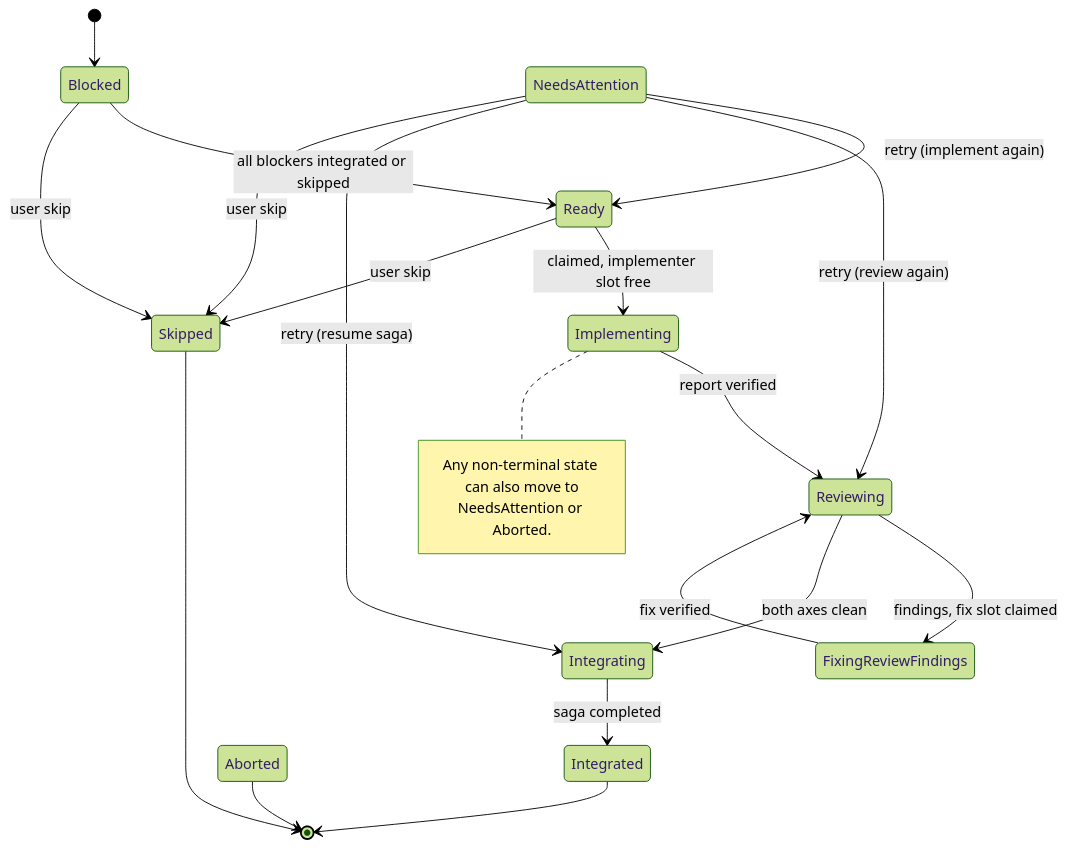
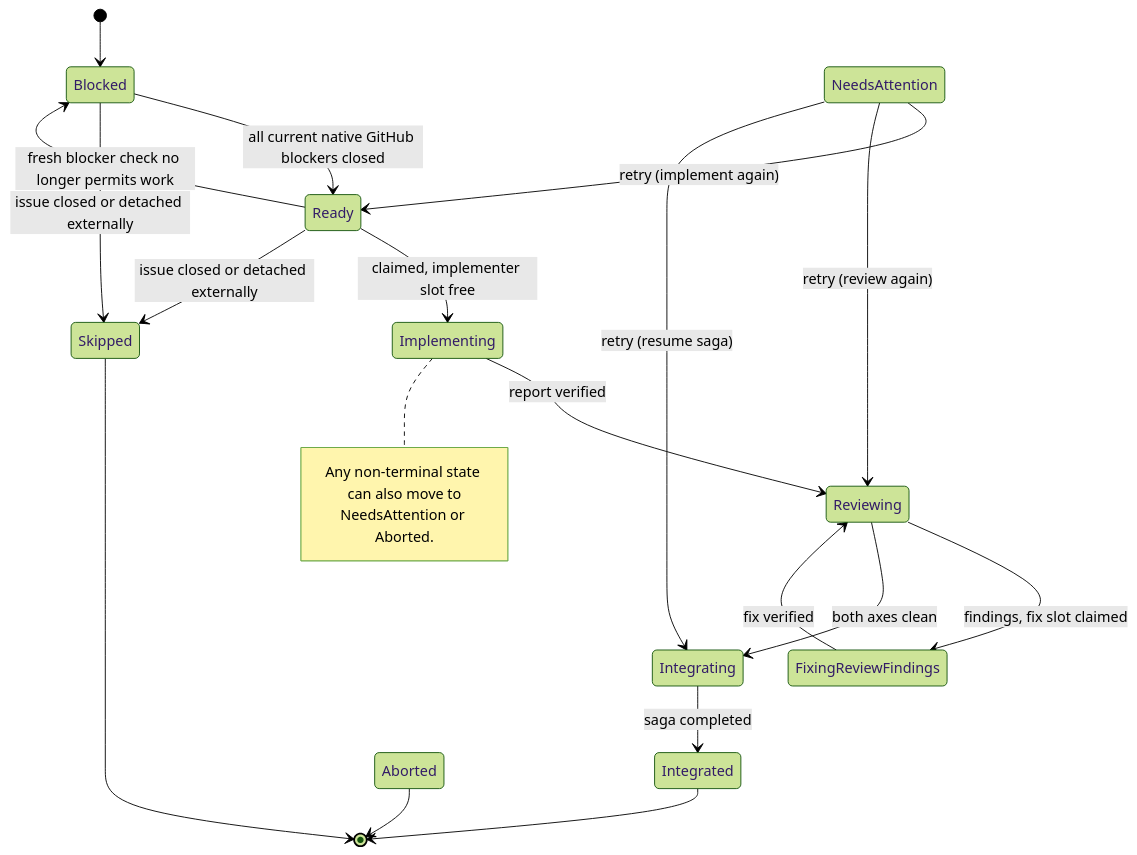
The third of 7 diagrams in docfx/developer-guide/run-lifecycle.md (FlorianAlbert/WebDevLoop), drawn with Mermaid (forest theme) before and after one commit. The commit also changed other lines of this file and 79 other files, not shown here.

````diff
--- a/docfx/developer-guide/run-lifecycle.md
+++ b/docfx/developer-guide/run-lifecycle.md
@@ -76,24 +76,24 @@
 ```mermaid
 stateDiagram-v2
     [*] --> Blocked
-    Blocked --> Ready: all blockers integrated or skipped
-    Blocked --> Skipped: user skip
+    Blocked --> Ready: all current native GitHub blockers closed
+    Blocked --> Skipped: issue closed or detached externally
     Ready --> Implementing: claimed, implementer slot free
-    Ready --> Skipped: user skip
+    Ready --> Blocked: fresh blocker check no longer permits work
+    Ready --> Skipped: issue closed or detached externally
     Implementing --> Reviewing: report verified
     Reviewing --> FixingReviewFindings: findings, fix slot claimed
     FixingReviewFindings --> Reviewing: fix verified
     Reviewing --> Integrating: both axes clean
     Integrating --> Integrated: saga completed
     NeedsAttention --> Ready: retry (implement again)
     NeedsAttention --> Reviewing: retry (review again)
     NeedsAttention --> Integrating: retry (resume saga)
-    NeedsAttention --> Skipped: user skip
     Integrated --> [*]
     Skipped --> [*]
     Aborted --> [*]
     note right of Implementing
         Any non-terminal state can also move to
         NeedsAttention or Aborted.
     end note
 ```
````
